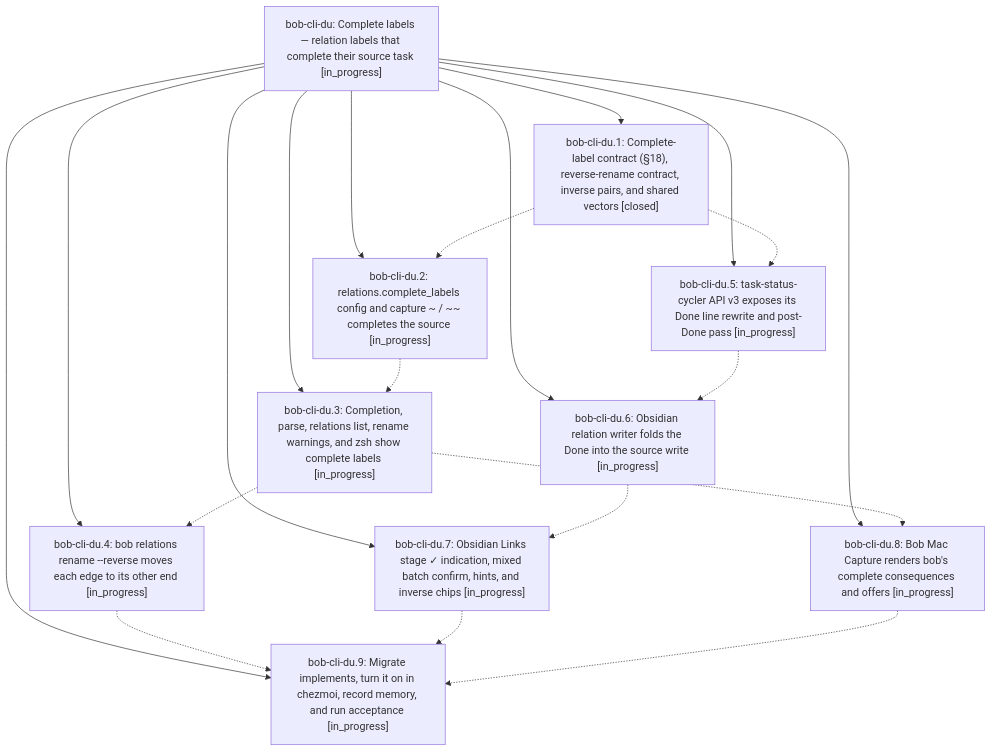
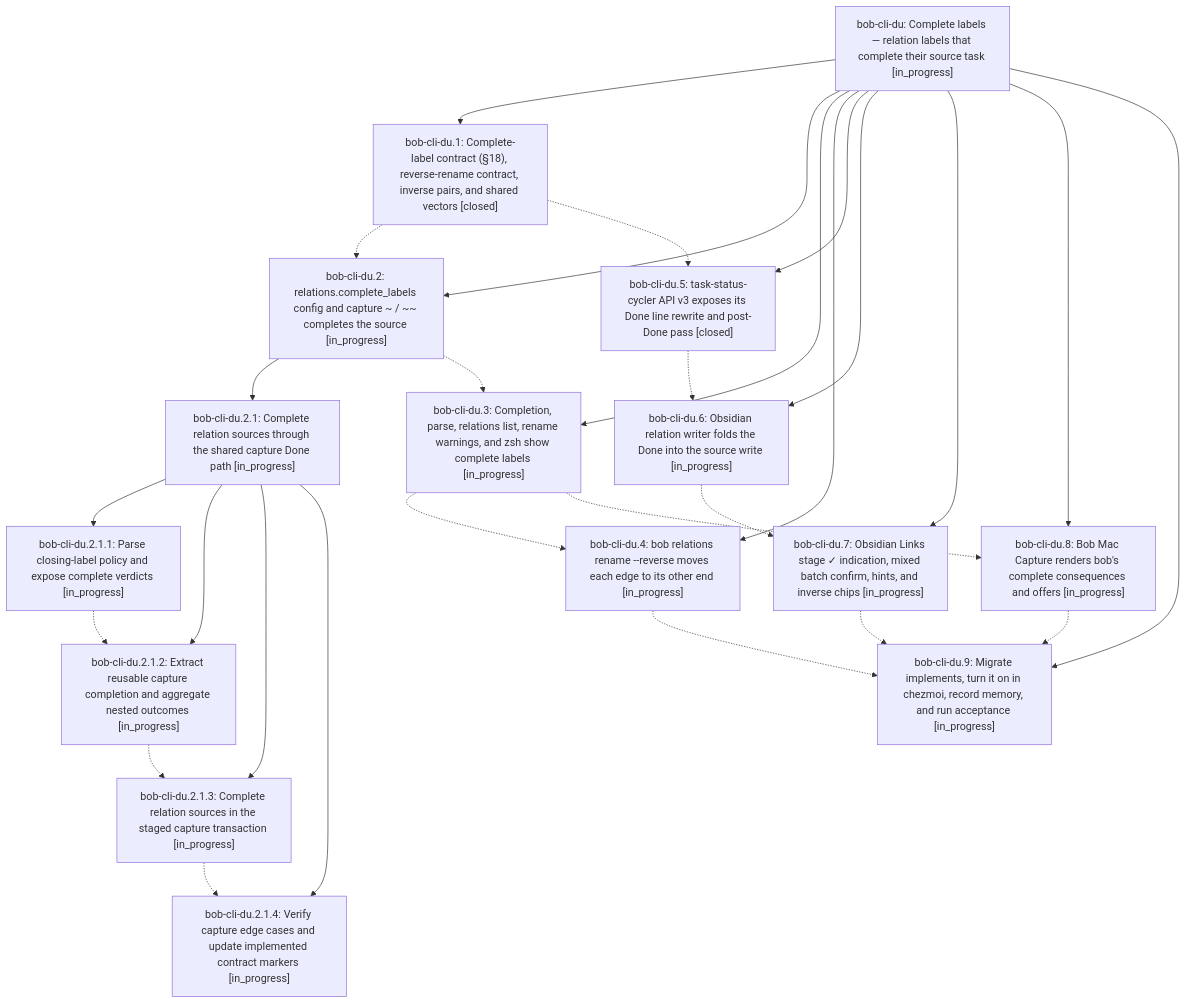
One commit to bobs-org/bob-cli--beads changed the diagram in pages/bob-cli-du/README.md. Above: the diagram before and after it, drawn with Mermaid. The commit also changed other lines of this file and 9 other files, not shown here.

First line of the commit message:
chore(beads): sync bead state and pages for bob-cli-du

````diff
--- a/pages/bob-cli-du/README.md
+++ b/pages/bob-cli-du/README.md
@@ -42,32 +42,45 @@
 ```mermaid
 flowchart TD
     n0["bob-cli-du: Complete labels — relation labels that complete their source task [in_progress]"]
     n1["bob-cli-du.1: Complete-label contract (§18), reverse-rename contract, inverse pairs, and shared vectors [closed]"]
     n2["bob-cli-du.2: relations.complete_labels config and capture ~ / ~~ completes the source [in_progress]"]
-    n3["bob-cli-du.3: Completion, parse, relations list, rename warnings, and zsh show complete labels [in_progress]"]
-    n4["bob-cli-du.4: bob relations rename --reverse moves each edge to its other end [in_progress]"]
-    n5["bob-cli-du.5: task-status-cycler API v3 exposes its Done line rewrite and post-Done pass [in_progress]"]
-    n6["bob-cli-du.6: Obsidian relation writer folds the Done into the source write [in_progress]"]
-    n7["bob-cli-du.7: Obsidian Links stage ✓ indication, mixed batch confirm, hints, and inverse chips [in_progress]"]
-    n8["bob-cli-du.8: Bob Mac Capture renders bob's complete consequences and offers [in_progress]"]
-    n9["bob-cli-du.9: Migrate implements, turn it on in chezmoi, record memory, and run acceptance [in_progress]"]
+    n3["bob-cli-du.2.1: Complete relation sources through the shared capture Done path [in_progress]"]
+    n4["bob-cli-du.2.1.1: Parse closing-label policy and expose complete verdicts [in_progress]"]
+    n5["bob-cli-du.2.1.2: Extract reusable capture completion and aggregate nested outcomes [in_progress]"]
+    n6["bob-cli-du.2.1.3: Complete relation sources in the staged capture transaction [in_progress]"]
+    n7["bob-cli-du.2.1.4: Verify capture edge cases and update implemented contract markers [in_progress]"]
+    n8["bob-cli-du.3: Completion, parse, relations list, rename warnings, and zsh show complete labels [in_progress]"]
+    n9["bob-cli-du.4: bob relations rename --reverse moves each edge to its other end [in_progress]"]
+    n10["bob-cli-du.5: task-status-cycler API v3 exposes its Done line rewrite and post-Done pass [closed]"]
+    n11["bob-cli-du.6: Obsidian relation writer folds the Done into the source write [in_progress]"]
+    n12["bob-cli-du.7: Obsidian Links stage ✓ indication, mixed batch confirm, hints, and inverse chips [in_progress]"]
+    n13["bob-cli-du.8: Bob Mac Capture renders bob's complete consequences and offers [in_progress]"]
+    n14["bob-cli-du.9: Migrate implements, turn it on in chezmoi, record memory, and run acceptance [in_progress]"]
     n0 --> n1
     n0 --> n2
-    n0 --> n3
-    n0 --> n4
-    n0 --> n5
-    n0 --> n6
-    n0 --> n7
+    n2 --> n3
+    n3 --> n4
+    n3 --> n5
+    n3 --> n6
+    n3 --> n7
     n0 --> n8
     n0 --> n9
+    n0 --> n10
+    n0 --> n11
+    n0 --> n12
+    n0 --> n13
+    n0 --> n14
     n1 -.-> n2
-    n1 -.-> n5
-    n2 -.-> n3
-    n3 -.-> n4
-    n3 -.-> n8
-    n4 -.-> n9
+    n1 -.-> n10
+    n2 -.-> n8
+    n4 -.-> n5
     n5 -.-> n6
     n6 -.-> n7
-    n7 -.-> n9
     n8 -.-> n9
+    n8 -.-> n13
+    n9 -.-> n14
+    n10 -.-> n11
+    n11 -.-> n12
+    n12 -.-> n14
+    n13 -.-> n14
 ```
````
